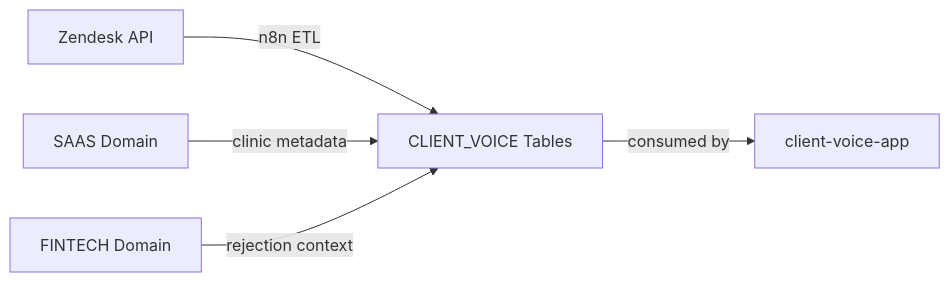
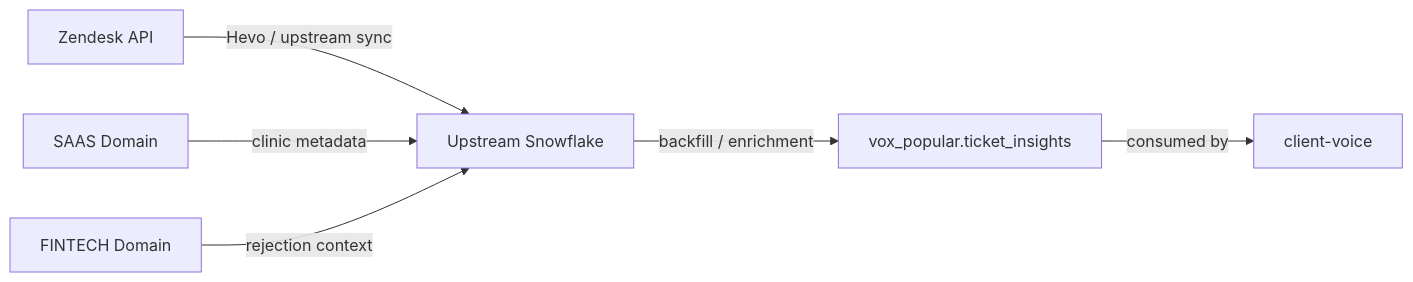
Before and after one commit to pepossani-cell/client-voice-data: the diagram in _domain/START_HERE.md, drawn with Mermaid. The commit also changed other lines of this file and 5 other files, not shown here.

First line of the commit message:
docs(taxonomy): align client voice contracts with current vox popular state

````diff
--- a/_domain/START_HERE.md
+++ b/_domain/START_HERE.md
@@ -33,7 +43,8 @@
 ```mermaid
 graph LR
-    Zendesk[Zendesk API] -->|n8n ETL| Snowflake[CLIENT_VOICE Tables]
+    Zendesk[Zendesk API] -->|Hevo / upstream sync| Snowflake[Upstream Snowflake]
     SAAS[SAAS Domain] -->|clinic metadata| Snowflake
     FINTECH[FINTECH Domain] -->|rejection context| Snowflake
-    Snowflake -->|consumed by| CVApp[client-voice-app]
+    Snowflake -->|backfill / enrichment| Postgres[vox_popular.ticket_insights]
+    Postgres -->|consumed by| CVApp[client-voice]
 ```
````
